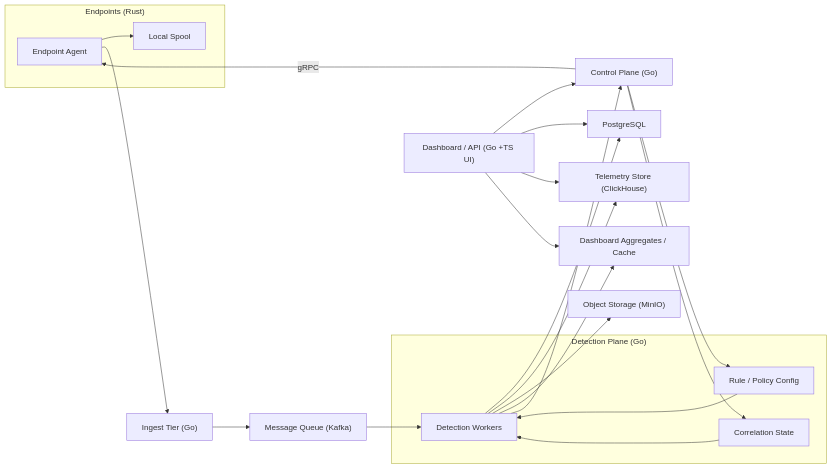
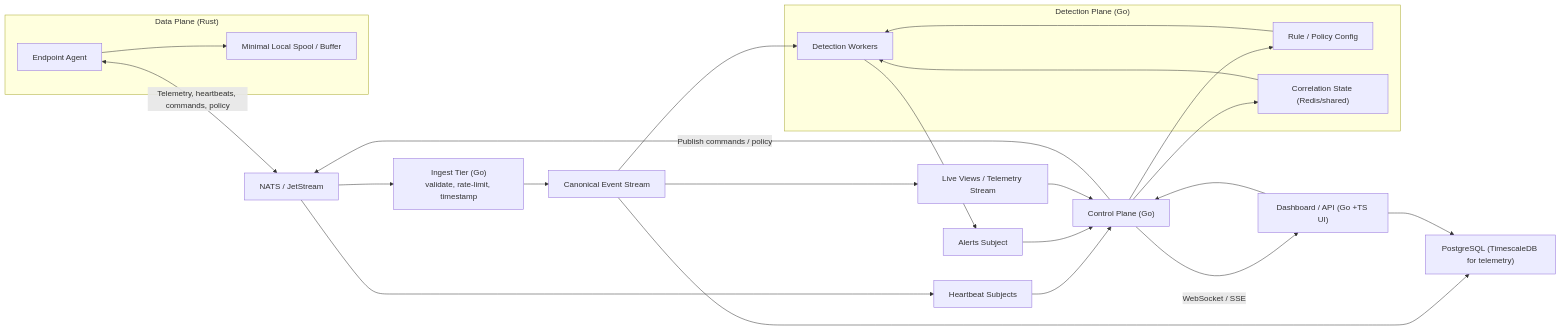
The diagram in README.md (Prashant-koi/Lavender), drawn with Mermaid before and after one commit. The commit also changed other lines of this file, not shown here.

Commit message:
Refactor: update architecture diagram for clarity and accuracy

````diff
--- a/README.md
+++ b/README.md
@@ -29,36 +29,40 @@
 ```mermaid
 flowchart LR
-      subgraph "Endpoints (Rust)"
+      subgraph "Data Plane (Rust)"
           E["Endpoint Agent"]
-          S["Local Spool"]
+          S["Minimal Local Spool / Buffer"]
           E --> S
       end
 
-      E --> I["Ingest Tier (Go)"]
-      I --> Q["Message Queue (Kafka)"]
+      E <-->|"Telemetry, heartbeats, commands, policy"| Q["NATS / JetStream"]
+
+      I["Ingest Tier (Go)
+validate, rate-limit, timestamp"]
+      Q --> I
+      I --> CE["Canonical Event Stream"]
 
       subgraph DetectionPlane["Detection Plane (Go)"]
           D["Detection Workers"]
           R["Rule / Policy Config"]
-          CS["Correlation State"]
+          CS["Correlation State (Redis/shared)"]
           R --> D
           CS --> D
       end
 
-      Q --> D
+      CE --> D
+      CE --> L["Live Views / Telemetry Stream"]
+      D --> AL["Alerts Subject"]
+      CE --> P["PostgreSQL (TimescaleDB for telemetry)"]
 
-      D --> P["PostgreSQL"]
-      D --> T["Telemetry Store (ClickHouse)"]
-      D --> O["Object Storage (MinIO)"]
-      D --> A["Dashboard Aggregates / Cache"]
-
-      C["Control Plane (Go)"] -- "gRPC" --> E
+      Q --> H["Heartbeat Subjects"]
+      H --> C["Control Plane (Go)"]
+      C -- "Publish commands / policy" --> Q
       C --> R
       C --> CS
-      D --> C
+      AL --> C
 
       U["Dashboard / API (Go +TS UI)"] --> C
       U --> P
-      U --> T
-      U --> A
+      C -- "WebSocket / SSE" --> U
+      L --> C
 ```
````
